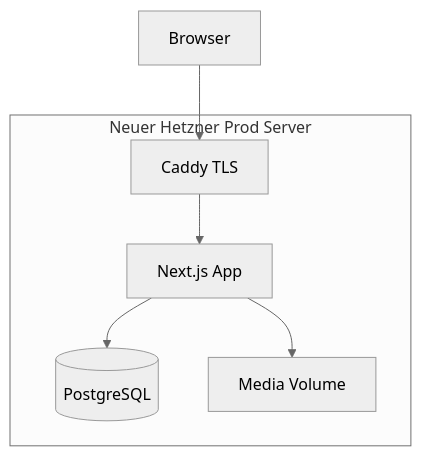
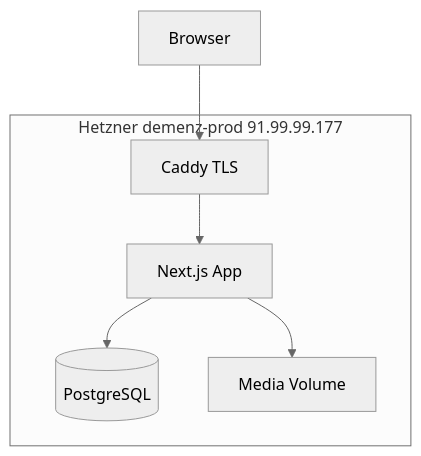
Before and after one commit to freshprince84/demenz-schulungen: the third of 3 diagrams in docs/ARCHITECTURE.md, drawn with Mermaid (neutral theme). The commit also changed other lines of this file and 32 other files, not shown here.

````diff
--- a/docs/ARCHITECTURE.md
+++ b/docs/ARCHITECTURE.md
@@ -66,13 +71,13 @@
 ```mermaid
 flowchart TB
-  subgraph prodServer [Neuer Hetzner Prod Server]
+  subgraph prodServer [Hetzner demenz-prod 91.99.99.177]
     Caddy[Caddy TLS]
     NextApp[Next.js App]
     Postgres[(PostgreSQL)]
     MediaVol[Media Volume]
     Caddy --> NextApp
     NextApp --> Postgres
     NextApp --> MediaVol
   end
   Browser[Browser] --> Caddy
 ```
````
